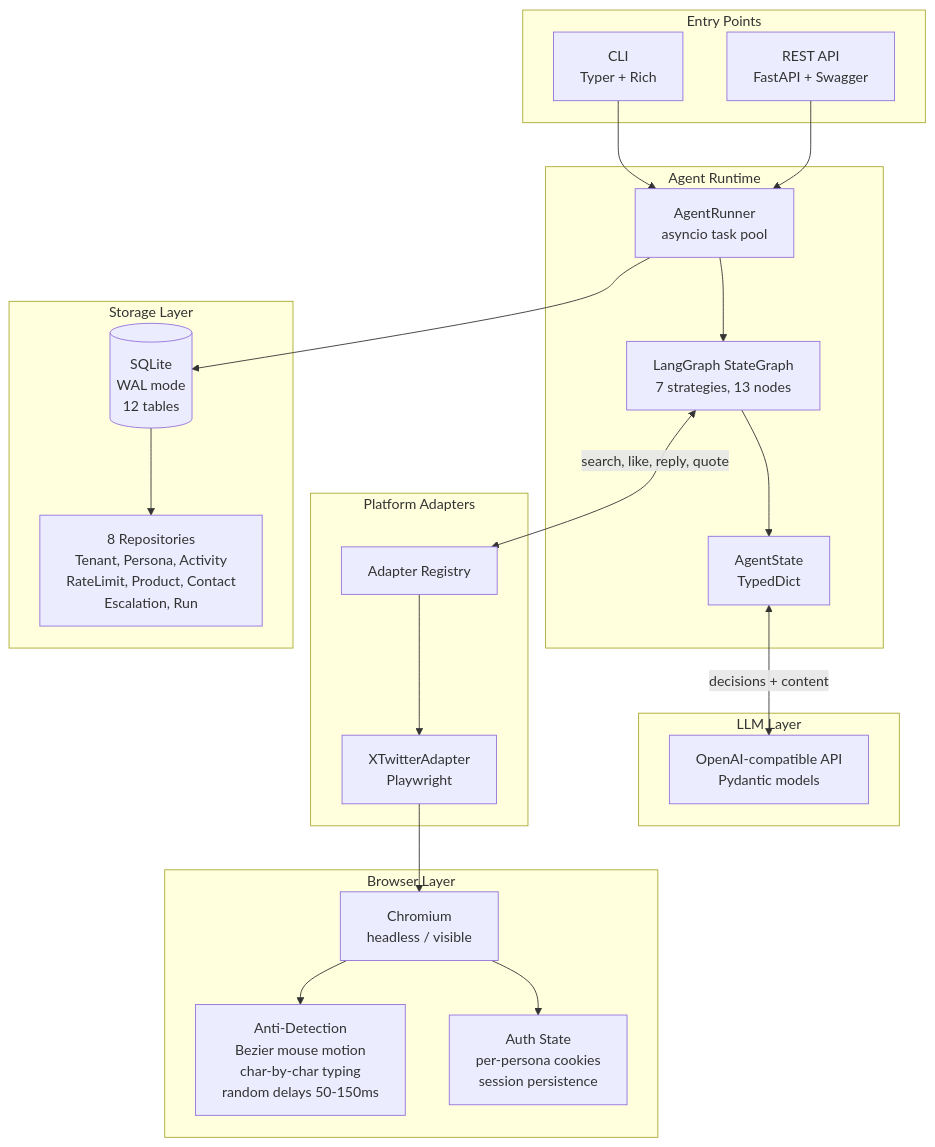
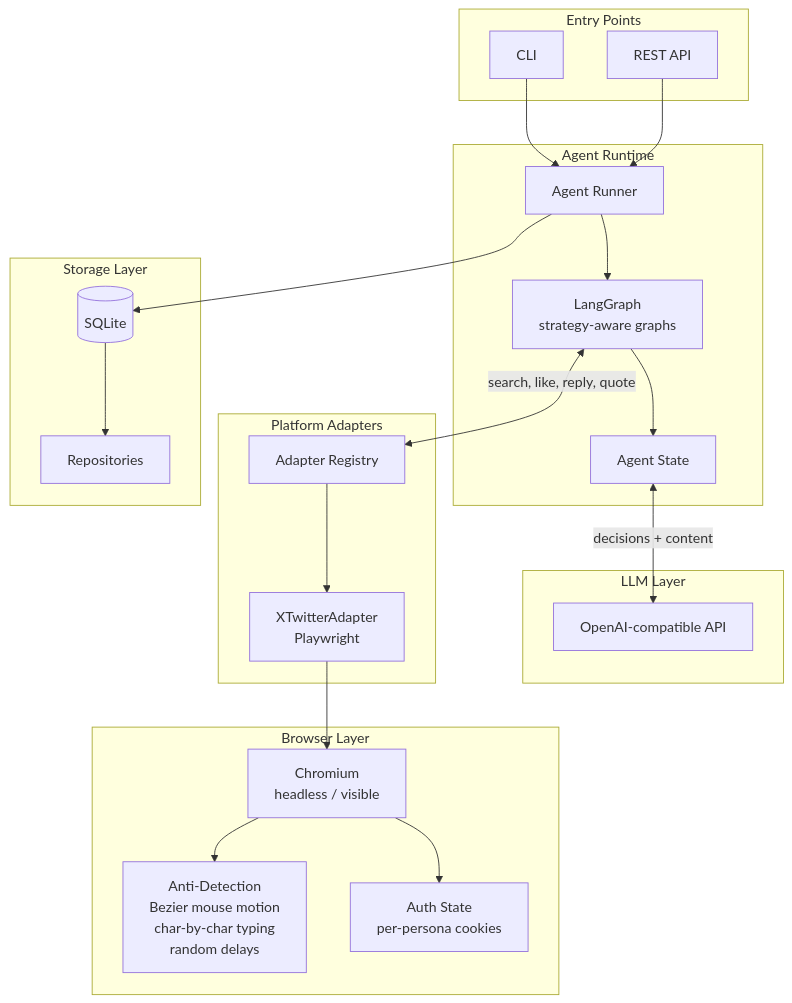
Before and after one commit to yumpyy/x-persona: the diagram in README.md, drawn with Mermaid.

Commit message:
docs: clean architecture diagram, remove implementation details

````diff
--- a/README.md
+++ b/README.md
@@ -16,51 +16,51 @@
 ```mermaid
 graph TB
     subgraph "Entry Points"
-        CLI[CLI<br/>Typer + Rich]
-        API[REST API<br/>FastAPI + Swagger]
+        CLI[CLI]
+        API[REST API]
     end
 
     subgraph "Agent Runtime"
-        Runner["AgentRunner<br/>asyncio task pool"]
-        Graph["LangGraph StateGraph<br/>7 strategies, 13 nodes"]
-        State["AgentState<br/>TypedDict"]
+        Runner["Agent Runner"]
+        Graph["LangGraph<br/>strategy-aware graphs"]
+        State["Agent State"]
 
         Runner --> Graph
         Graph --> State
     end
 
     CLI --> Runner
     API --> Runner
 
     subgraph "LLM Layer"
-        LLM["OpenAI-compatible API<br/>Pydantic models"]
+        LLM["OpenAI-compatible API"]
     end
 
     State <-->|decisions + content| LLM
 
     subgraph "Platform Adapters"
         Registry["Adapter Registry"]
         X["XTwitterAdapter<br/>Playwright"]
         Registry --> X
     end
 
     Graph <-->|search, like, reply, quote| Registry
 
     subgraph "Browser Layer"
         Browser["Chromium<br/>headless / visible"]
-        AntiDet["Anti-Detection<br/>Bezier mouse motion<br/>char-by-char typing<br/>random delays 50-150ms"]
-        Auth["Auth State<br/>per-persona cookies<br/>session persistence"]
+        AntiDet["Anti-Detection<br/>Bezier mouse motion<br/>char-by-char typing<br/>random delays"]
+        Auth["Auth State<br/>per-persona cookies"]
     end
 
     X --> Browser
     Browser --> AntiDet
     Browser --> Auth
 
     subgraph "Storage Layer"
-        DB[("SQLite<br/>WAL mode<br/>12 tables")]
-        Repos["8 Repositories<br/>Tenant, Persona, Activity<br/>RateLimit, Product, Contact<br/>Escalation, Run"]
+        DB[(SQLite)]
+        Repos["Repositories"]
     end
 
     Runner --> DB
     DB --> Repos
 ```
````
